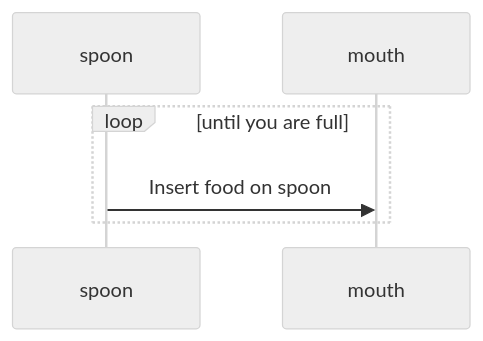
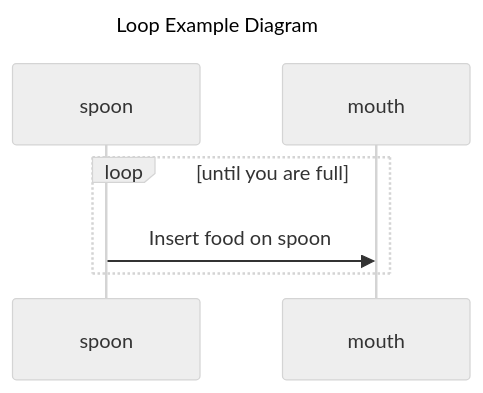
The fourth of 7 diagrams in empty-flow.md (carolyncole/i_love_mermaid), drawn with Mermaid (neutral theme) before and after one commit. The commit also changed other lines of this file, not shown here.

````diff
--- a/empty-flow.md
+++ b/empty-flow.md
@@ -57,6 +59,7 @@
   ```mermaid
   sequenceDiagram
+      title Loop Example Diagram
       loop until you are full
         spoon->>mouth: Insert food on spoon
       end
   ```
````
